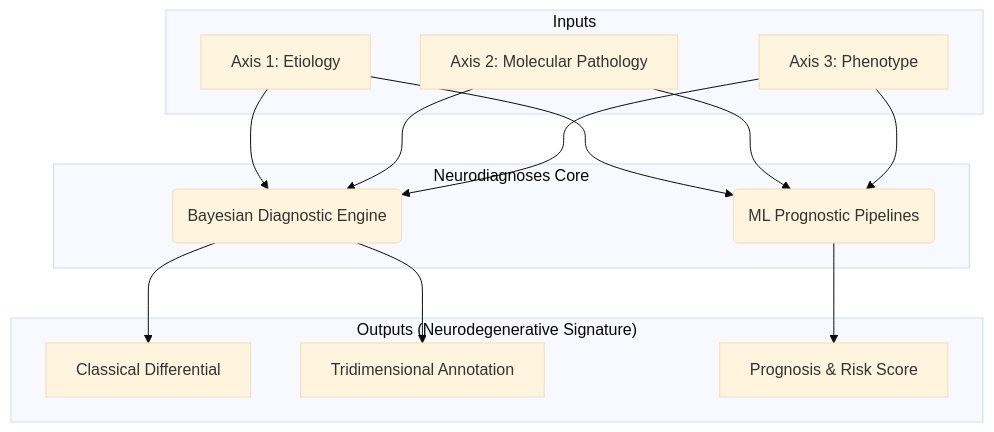
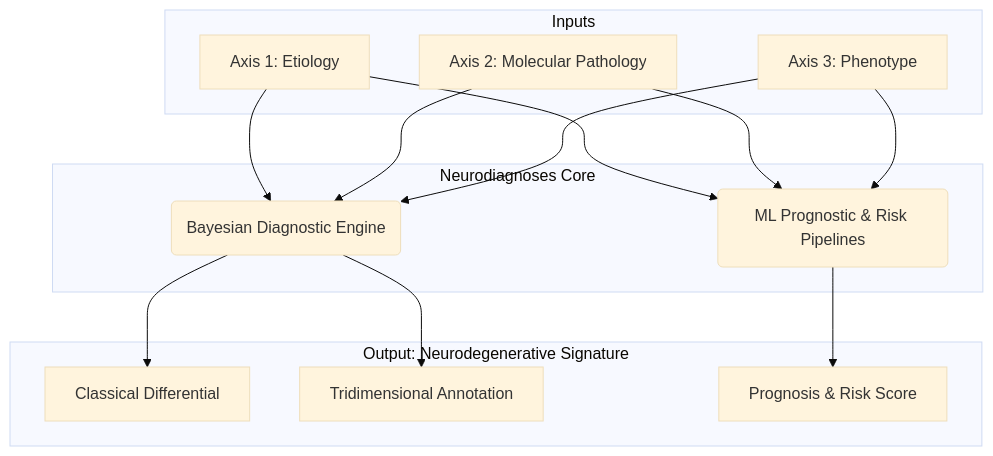
One commit to Fundacion-de-Neurociencias/neurodiagnoses changed the diagram in README.md. Above: the diagram before and after it, drawn with Mermaid (base theme). The commit also changed other lines of this file, not shown here.

Commit message:
docs(readme): Update architecture and link to new visibility system

````diff
--- a/README.md
+++ b/README.md
@@ -25,29 +21,20 @@
 ```mermaid
 graph TD
     subgraph Inputs
         A1[Axis 1: Etiology]
         A2[Axis 2: Molecular Pathology]
         A3[Axis 3: Phenotype]
     end
-
     subgraph "Neurodiagnoses Core"
         C1(Bayesian Diagnostic Engine)
-        C2(ML Prognostic Pipelines)
+        C2(ML Prognostic & Risk Pipelines)
     end
-    
-    subgraph "Outputs (Neurodegenerative Signature)"
+    subgraph "Output: Neurodegenerative Signature"
         D1[Classical Differential]
         D2[Tridimensional Annotation]
         P1[Prognosis & Risk Score]
     end
-
-    A1 --> C1
-    A2 --> C1
-    A3 --> C1
-    
-    A1 & A2 & A3 --> C2
-
-    C1 --> D1
-    C1 --> D2
-    C2 --> P1
+    A1 & A2 & A3 --> C1 & C2;
+    C1 --> D1 & D2;
+    C2 --> P1;
 ```
````
